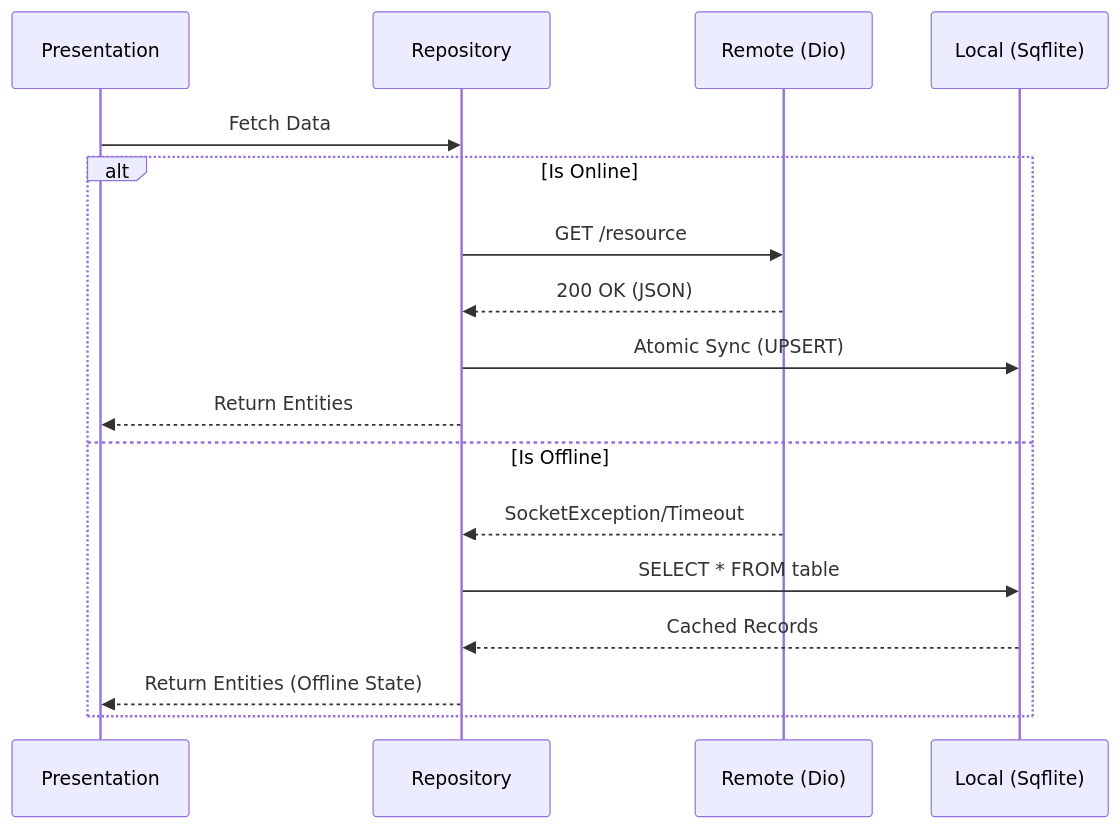
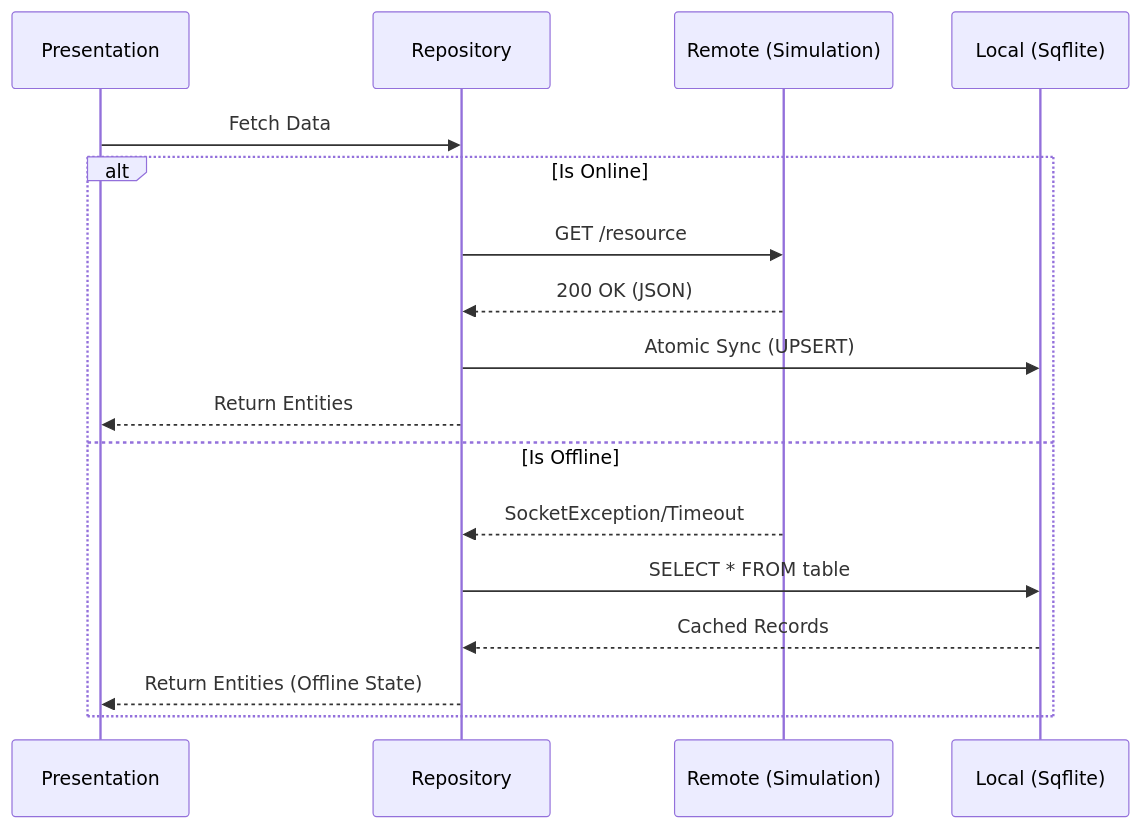
The second of 2 diagrams in README.md (ishaque-dev/grubpac), drawn with Mermaid before and after one commit. The commit also changed other lines of this file, not shown here.

````diff
--- a/README.md
+++ b/README.md
@@ -46,21 +46,21 @@
 ```mermaid
 sequenceDiagram
     participant UI as Presentation
     participant Repo as Repository
-    participant Remote as Remote (Dio)
+    participant Remote as Remote (Simulation)
     participant Local as Local (Sqflite)
 
     UI->>Repo: Fetch Data
     
     alt Is Online
         Repo->>Remote: GET /resource
         Remote-->>Repo: 200 OK (JSON)
         Repo->>Local: Atomic Sync (UPSERT)
         Repo-->>UI: Return Entities
     else Is Offline
         Remote-->>Repo: SocketException/Timeout
         Repo->>Local: SELECT * FROM table
         Local-->>Repo: Cached Records
         Repo-->>UI: Return Entities (Offline State)
     end
 ```
````
